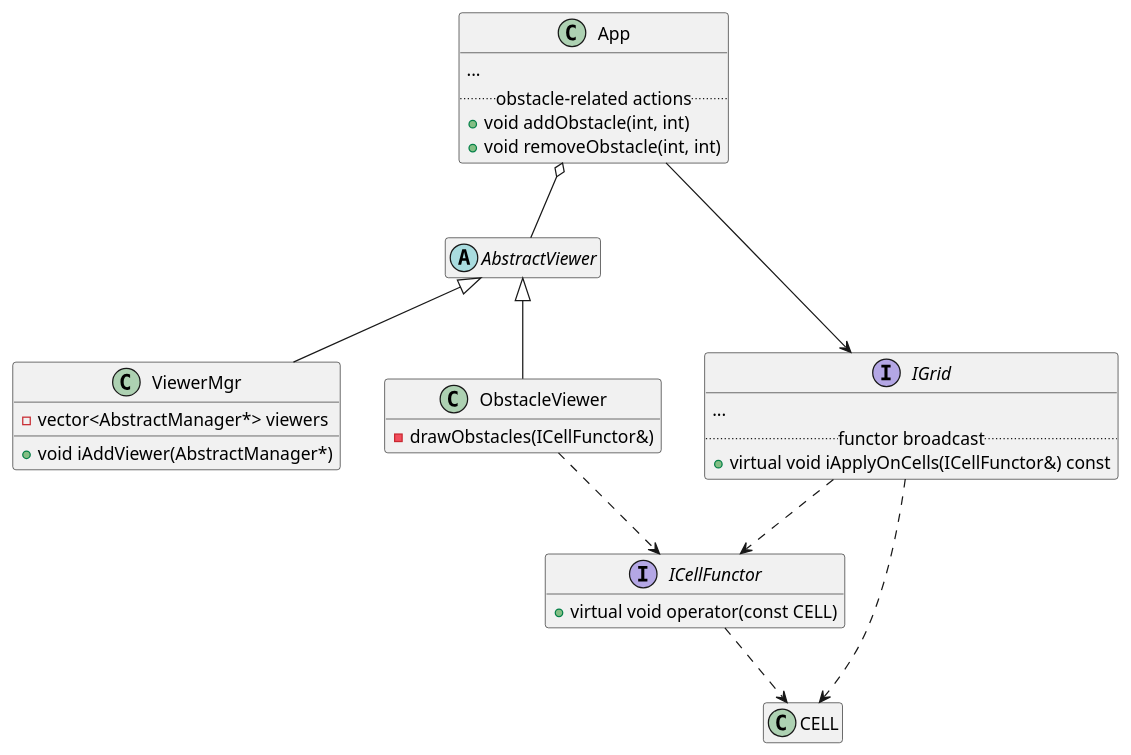
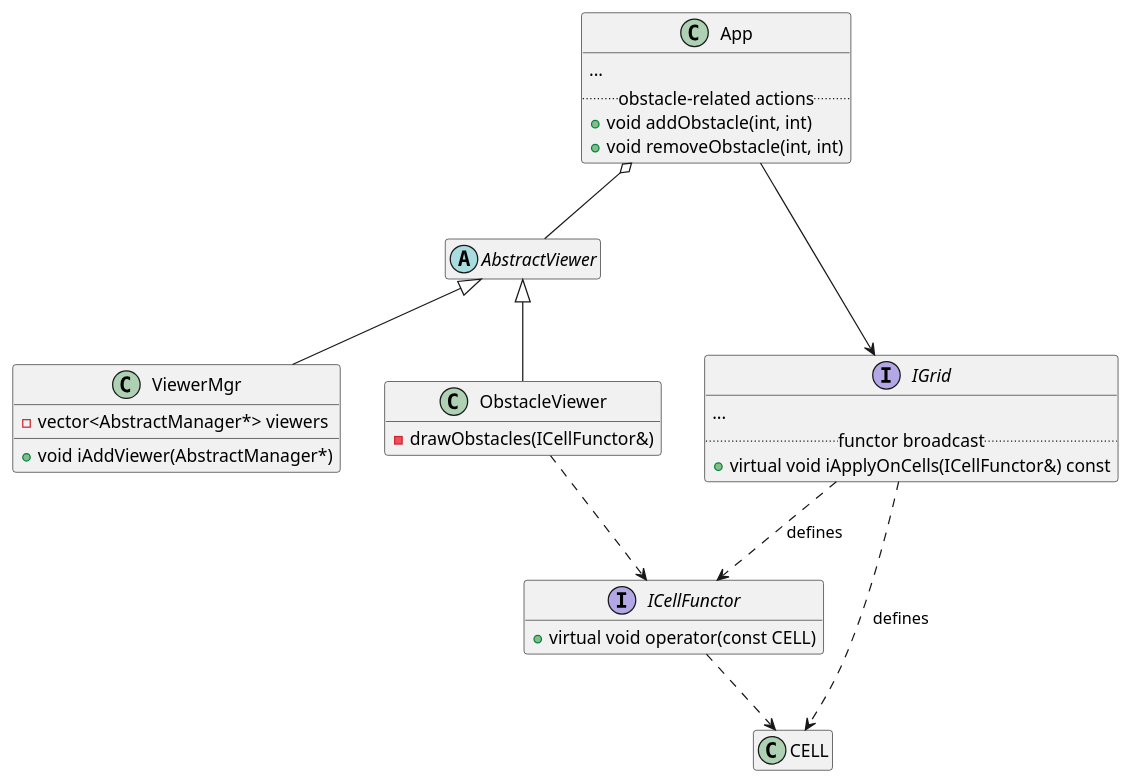
The second of 2 diagrams in _posts/dev/2020-10-04-2d-grid-obstacles.md (kanmeugne/kanmeugne.github.io), drawn with PlantUML before and after one commit. The commit also changed other lines of this file and 2 other files, not shown here.

Commit message:
add tag on link

```diff
--- a/_posts/dev/2020-10-04-2d-grid-obstacles.md
+++ b/_posts/dev/2020-10-04-2d-grid-obstacles.md
@@ -106,52 +106,52 @@
 {% plantuml %}
 
 @startuml
 interface ICellFunctor {
     + virtual void operator(const CELL)
 }
 abstract class AbstractViewer {
     + virtual void iActivate()
     + virtual void iDeactivate()
     + virtual void iIsActive() const
     + virtual void iSetApp(App*)
     + virtual void iDisplay();
     # {abstract} virtual void iDraw()
     # bool _active = false
 }
 class App {
     ...
     .. obstacle-related actions ..
     + void addObstacle(int, int)
     + void removeObstacle(int, int)
 }
 class CELL {
     + int id
     + int state
 }
 class ViewerMgr extends AbstractViewer {
     - vector<AbstractManager*> viewers
     + void iAddViewer(AbstractManager*)
 }
 class ObstacleViewer extends AbstractViewer {
     - drawObstacles(ICellFunctor&)
 }
 interface IGrid {
     ...
     .. functor broadcast ..
 	+ virtual void iApplyOnCells(ICellFunctor&) const
 }
-IGrid ..> CELL
+IGrid ..> CELL : defines
 App --> IGrid
 App o-- AbstractViewer
-IGrid ..> ICellFunctor
+IGrid ..> ICellFunctor : defines
 ICellFunctor ..> CELL
 ObstacleViewer ..> ICellFunctor
 
 hide App fields
 hide AbstractViewer members
 hide CELL members
 hide ICellFunctor fields
 hide ObstacleViewer fields
 @enduml
 
 {% endplantuml %}
```
